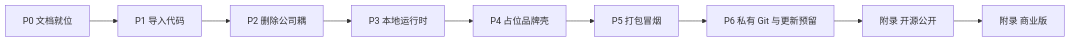
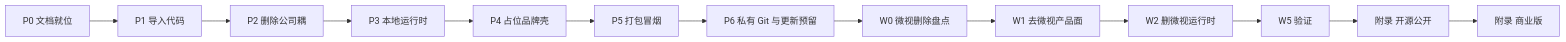
Before and after one commit to gao-shu/local-creator: the diagram in docs/02-phases-overview.md, drawn with Mermaid. The commit also changed other lines of this file and 181 other files, not shown here.

````diff
--- a/docs/02-phases-overview.md
+++ b/docs/02-phases-overview.md
@@ -3,11 +3,15 @@
 ```mermaid
 flowchart LR
   P0[P0 文档就位] --> P1[P1 导入代码]
   P1 --> P2[P2 删除公司耦]
   P2 --> P3[P3 本地运行时]
   P3 --> P4[P4 占位品牌壳]
   P4 --> P5[P5 打包冒烟]
   P5 --> P6[P6 私有 Git 与更新预留]
-  P6 --> OS[附录 开源公开]
+  P6 --> W0[W0 微视删除盘点]
+  W0 --> W1[W1 去微视产品面]
+  W1 --> W2[W2 删微视运行时]
+  W2 --> W5[W5 验证]
+  W5 --> OS[附录 开源公开]
   OS --> COM[附录 商业版]
 ```
````
